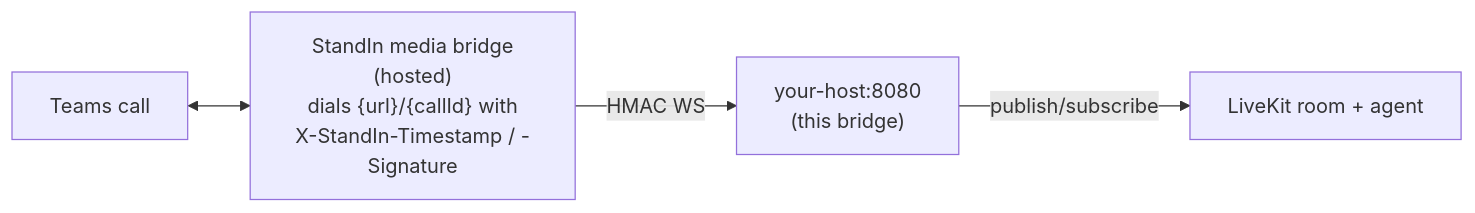
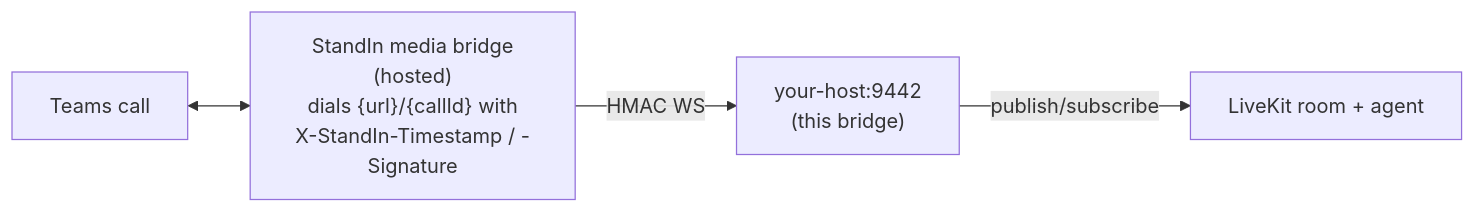
One commit to komaa-com/livekit-msteams-bridge-py changed the diagram in website/src/content/docs/connecting-to-standin.md. Above: the diagram before and after it, drawn with Mermaid. The commit also changed other lines of this file and 13 other files, not shown here.

````diff
--- a/website/src/content/docs/connecting-to-standin.md
+++ b/website/src/content/docs/connecting-to-standin.md
@@ -14,10 +14,10 @@
 ```mermaid
 flowchart LR
     Teams["Teams call"]
     StandIn["StandIn media bridge<br/>(hosted)<br/>dials {url}/{callId} with<br/>X-StandIn-Timestamp / -Signature"]
-    Bridge["your-host:8080<br/>(this bridge)"]
+    Bridge["your-host:9442<br/>(this bridge)"]
     Room["LiveKit room + agent"]
     Teams <--> StandIn
     StandIn -- "HMAC WS" --> Bridge
     Bridge -- "publish/subscribe" --> Room
 ```
````
